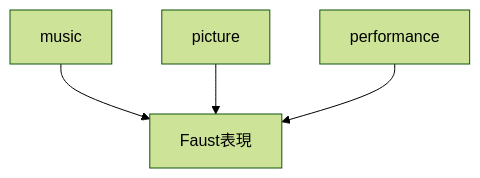
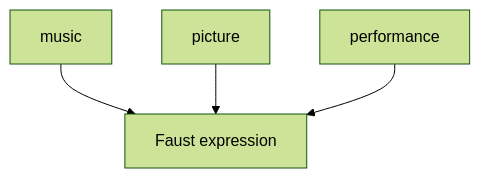
Before and after one commit to monumental-movement/monumental-movement.github.io: the third of 6 diagrams in en/_posts/2026-05-24-column-faust.md, drawn with Mermaid (forest theme). The commit also changed other lines of this file and 423 other files, not shown here.

```diff
--- a/en/_posts/2026-05-24-column-faust.md
+++ b/en/_posts/2026-05-24-column-faust.md
@@ -181,6 +181,6 @@
 <div class="mermaid">
 graph TD
-A[music] --> D[Faust表現]
+A[music] --> D[Faust expression]
 B[picture] --> D
 C[performance] --> D
 </div>
```
